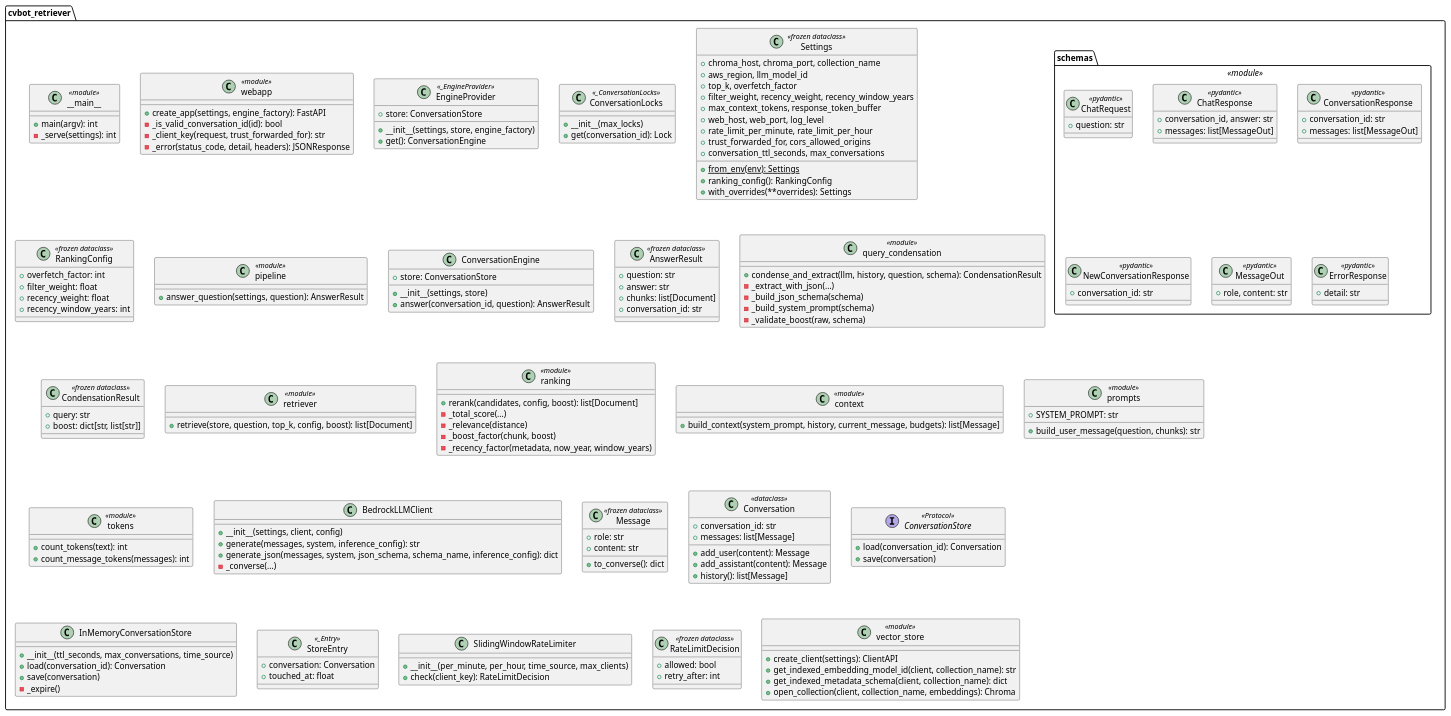
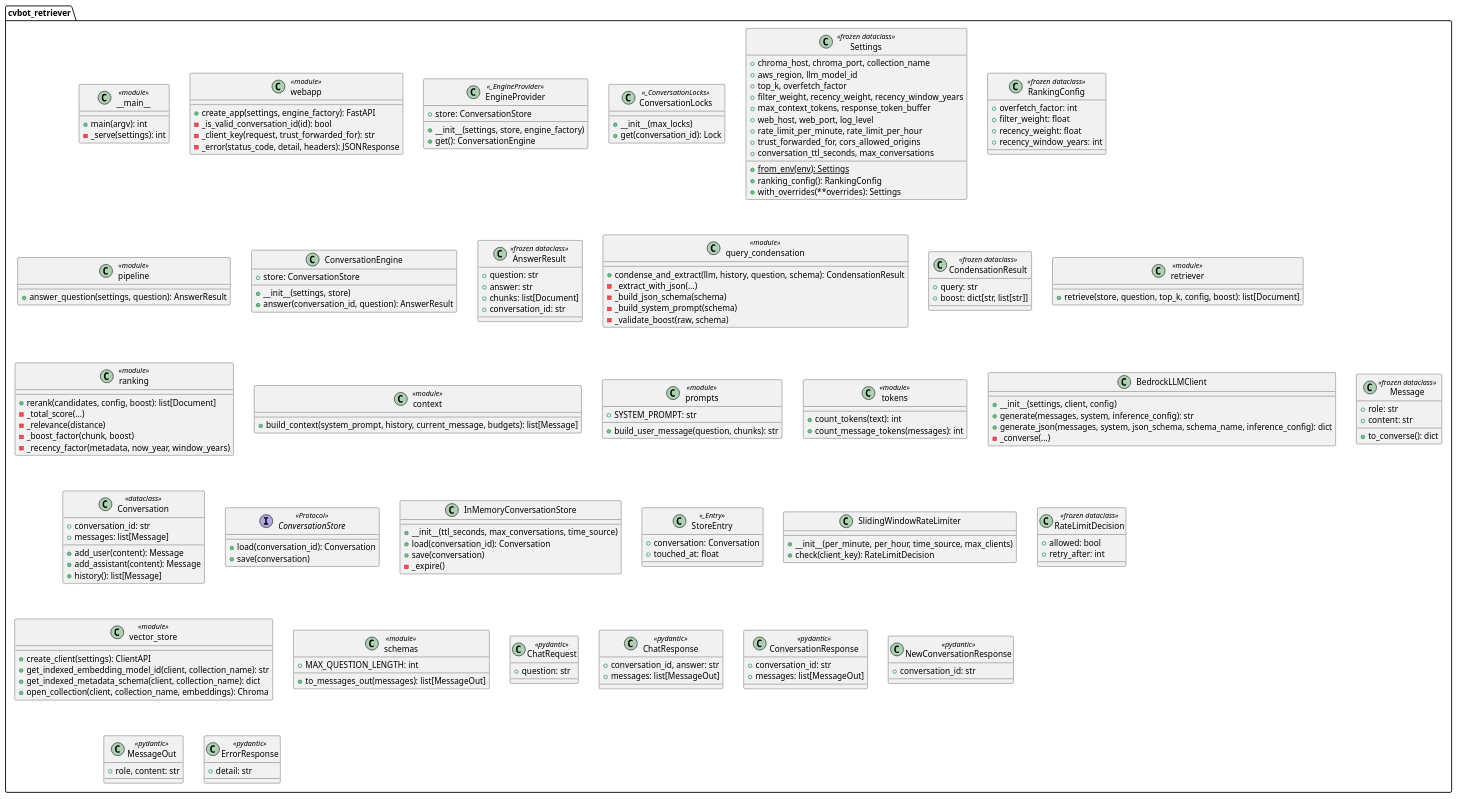
One commit to Fabian-Winter/cvbot-retriever changed the diagram in docs/_retriever-classes.iuml. Above: the diagram before and after it, drawn with PlantUML. The commit also changed 6 other files, not shown here.

Commit message:
simplify and review diagrams

```diff
--- a/docs/_retriever-classes.iuml
+++ b/docs/_retriever-classes.iuml
@@ -1,180 +1,183 @@
 package "cvbot_retriever" {
   class "__main__" as main <<module>> {
     +main(argv): int
     -_serve(settings): int
   }
 
   class "webapp" as webapp <<module>> {
     +create_app(settings, engine_factory): FastAPI
     -_is_valid_conversation_id(id): bool
     -_client_key(request, trust_forwarded_for): str
     -_error(status_code, detail, headers): JSONResponse
   }
 
   class EngineProvider <<_EngineProvider>> {
     +__init__(settings, store, engine_factory)
     +store: ConversationStore
     +get(): ConversationEngine
   }
 
   class ConversationLocks <<_ConversationLocks>> {
     +__init__(max_locks)
     +get(conversation_id): Lock
   }
 
   class Settings <<frozen dataclass>> {
     +chroma_host, chroma_port, collection_name
     +aws_region, llm_model_id
     +top_k, overfetch_factor
     +filter_weight, recency_weight, recency_window_years
     +max_context_tokens, response_token_buffer
     +web_host, web_port, log_level
     +rate_limit_per_minute, rate_limit_per_hour
     +trust_forwarded_for, cors_allowed_origins
     +conversation_ttl_seconds, max_conversations
     +{static} from_env(env): Settings
     +ranking_config(): RankingConfig
     +with_overrides(**overrides): Settings
   }
 
   class RankingConfig <<frozen dataclass>> {
     +overfetch_factor: int
     +filter_weight: float
     +recency_weight: float
     +recency_window_years: int
   }
 
   class "pipeline" as pipeline <<module>> {
     +answer_question(settings, question): AnswerResult
   }
 
   class ConversationEngine {
     +__init__(settings, store)
     +store: ConversationStore
     +answer(conversation_id, question): AnswerResult
   }
 
   class AnswerResult <<frozen dataclass>> {
     +question: str
     +answer: str
     +chunks: list[Document]
     +conversation_id: str
   }
 
   class "query_condensation" as condensation <<module>> {
     +condense_and_extract(llm, history, question, schema): CondensationResult
     -_extract_with_json(...)
     -_build_json_schema(schema)
     -_build_system_prompt(schema)
     -_validate_boost(raw, schema)
   }
 
   class CondensationResult <<frozen dataclass>> {
     +query: str
     +boost: dict[str, list[str]]
   }
 
   class "retriever" as retriever <<module>> {
     +retrieve(store, question, top_k, config, boost): list[Document]
   }
 
   class "ranking" as ranking <<module>> {
     +rerank(candidates, config, boost): list[Document]
     -_total_score(...)
     -_relevance(distance)
     -_boost_factor(chunk, boost)
     -_recency_factor(metadata, now_year, window_years)
   }
 
   class "context" as context <<module>> {
     +build_context(system_prompt, history, current_message, budgets): list[Message]
   }
 
   class "prompts" as prompts <<module>> {
     +SYSTEM_PROMPT: str
     +build_user_message(question, chunks): str
   }
 
   class "tokens" as tokens <<module>> {
     +count_tokens(text): int
     +count_message_tokens(messages): int
   }
 
   class BedrockLLMClient {
     +__init__(settings, client, config)
     +generate(messages, system, inference_config): str
     +generate_json(messages, system, json_schema, schema_name, inference_config): dict
     -_converse(...)
   }
 
   class Message <<frozen dataclass>> {
     +role: str
     +content: str
     +to_converse(): dict
   }
 
   class Conversation <<dataclass>> {
     +conversation_id: str
     +messages: list[Message]
     +add_user(content): Message
     +add_assistant(content): Message
     +history(): list[Message]
   }
 
   interface ConversationStore <<Protocol>> {
     +load(conversation_id): Conversation
     +save(conversation)
   }
 
   class InMemoryConversationStore {
     +__init__(ttl_seconds, max_conversations, time_source)
     +load(conversation_id): Conversation
     +save(conversation)
     -_expire()
   }
 
   class StoreEntry <<_Entry>> {
     +conversation: Conversation
     +touched_at: float
   }
 
   class SlidingWindowRateLimiter {
     +__init__(per_minute, per_hour, time_source, max_clients)
     +check(client_key): RateLimitDecision
   }
 
   class RateLimitDecision <<frozen dataclass>> {
     +allowed: bool
     +retry_after: int
   }
 
   class "vector_store" as vstore <<module>> {
     +create_client(settings): ClientAPI
     +get_indexed_embedding_model_id(client, collection_name): str
     +get_indexed_metadata_schema(client, collection_name): dict
     +open_collection(client, collection_name, embeddings): Chroma
   }
 
-  package "schemas" <<module>> {
-    class ChatRequest <<pydantic>> {
-      +question: str
-    }
-    class ChatResponse <<pydantic>> {
-      +conversation_id, answer: str
-      +messages: list[MessageOut]
-    }
-    class ConversationResponse <<pydantic>> {
-      +conversation_id: str
-      +messages: list[MessageOut]
-    }
-    class NewConversationResponse <<pydantic>> {
-      +conversation_id: str
-    }
-    class MessageOut <<pydantic>> {
-      +role, content: str
-    }
-    class ErrorResponse <<pydantic>> {
-      +detail: str
-    }
+  class "schemas" as schemas <<module>> {
+    +MAX_QUESTION_LENGTH: int
+    +to_messages_out(messages): list[MessageOut]
+  }
+
+  class ChatRequest <<pydantic>> {
+    +question: str
+  }
+  class ChatResponse <<pydantic>> {
+    +conversation_id, answer: str
+    +messages: list[MessageOut]
+  }
+  class ConversationResponse <<pydantic>> {
+    +conversation_id: str
+    +messages: list[MessageOut]
+  }
+  class NewConversationResponse <<pydantic>> {
+    +conversation_id: str
+  }
+  class MessageOut <<pydantic>> {
+    +role, content: str
+  }
+  class ErrorResponse <<pydantic>> {
+    +detail: str
   }
 }
```
